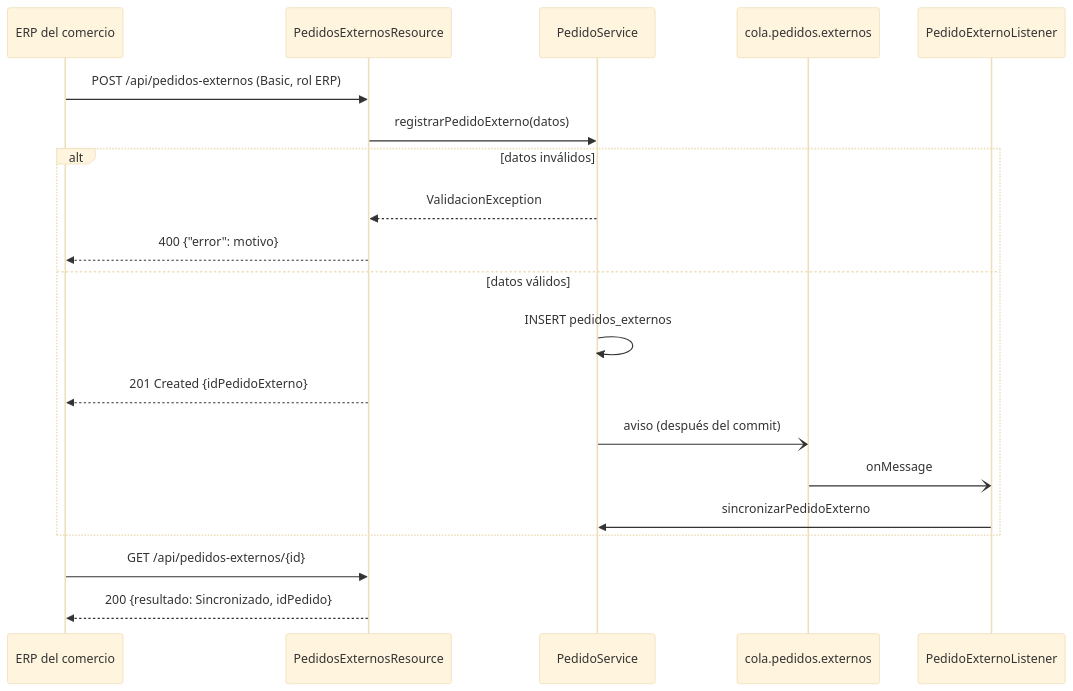
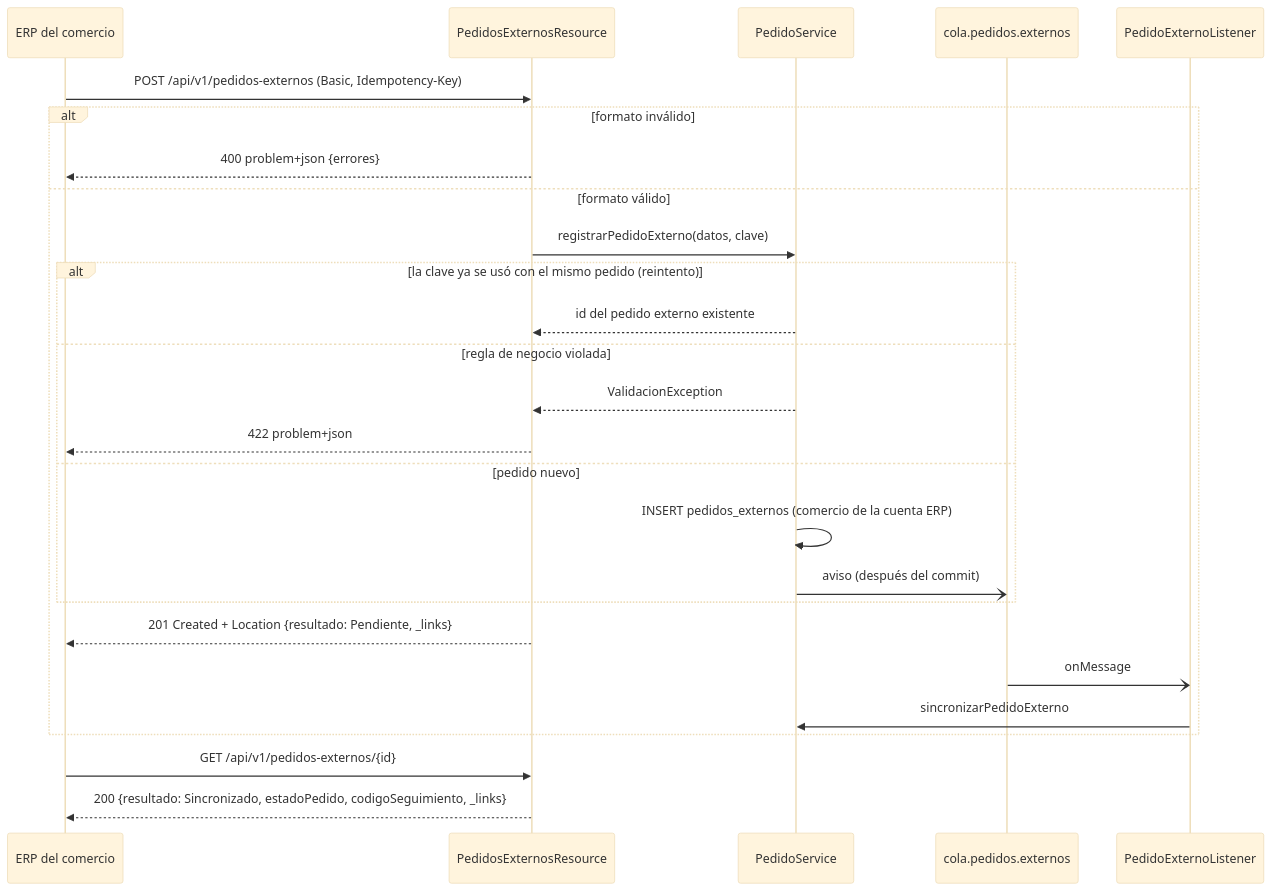
Before and after one commit to feliforte14/Rabbit: the fourth of 4 diagrams in docs/MENSAJERIA-SINCRONICA.md, drawn with Mermaid (base theme). The commit also changed other lines of this file and 39 other files, not shown here.

First line of the commit message:
API REST v1: ERP atado a su comercio, idempotencia, Problem Details y cancelación

````diff
--- a/docs/MENSAJERIA-SINCRONICA.md
+++ b/docs/MENSAJERIA-SINCRONICA.md
@@ -272,22 +346,28 @@
 ```mermaid
 sequenceDiagram
     participant ERP as ERP del comercio
     participant API as PedidosExternosResource
     participant PS as PedidoService
     participant Q as cola.pedidos.externos
     participant MDB as PedidoExternoListener
-    ERP->>API: POST /api/pedidos-externos (Basic, rol ERP)
-    API->>PS: registrarPedidoExterno(datos)
-    alt datos inválidos
-        PS-->>API: ValidacionException
-        API-->>ERP: 400 {"error": motivo}
-    else datos válidos
-        PS->>PS: INSERT pedidos_externos
-        API-->>ERP: 201 Created {idPedidoExterno}
-        PS-)Q: aviso (después del commit)
+    ERP->>API: POST /api/v1/pedidos-externos (Basic, Idempotency-Key)
+    alt formato inválido
+        API-->>ERP: 400 problem+json {errores}
+    else formato válido
+        API->>PS: registrarPedidoExterno(datos, clave)
+        alt la clave ya se usó con el mismo pedido (reintento)
+            PS-->>API: id del pedido externo existente
+        else regla de negocio violada
+            PS-->>API: ValidacionException
+            API-->>ERP: 422 problem+json
+        else pedido nuevo
+            PS->>PS: INSERT pedidos_externos (comercio de la cuenta ERP)
+            PS-)Q: aviso (después del commit)
+        end
+        API-->>ERP: 201 Created + Location {resultado: Pendiente, _links}
         Q-)MDB: onMessage
         MDB->>PS: sincronizarPedidoExterno
     end
-    ERP->>API: GET /api/pedidos-externos/{id}
-    API-->>ERP: 200 {resultado: Sincronizado, idPedido}
+    ERP->>API: GET /api/v1/pedidos-externos/{id}
+    API-->>ERP: 200 {resultado: Sincronizado, estadoPedido, codigoSeguimiento, _links}
 ```
````
